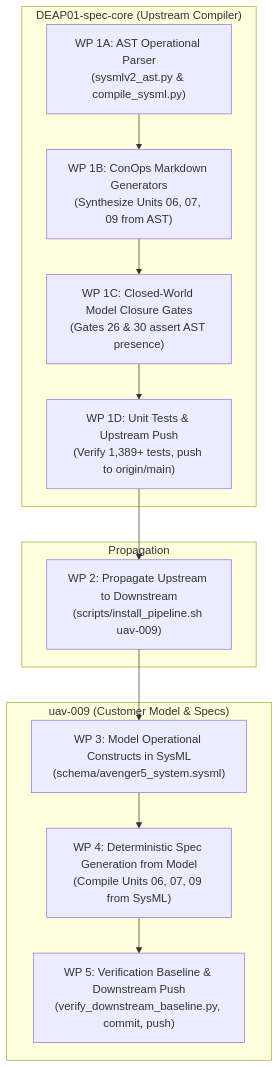
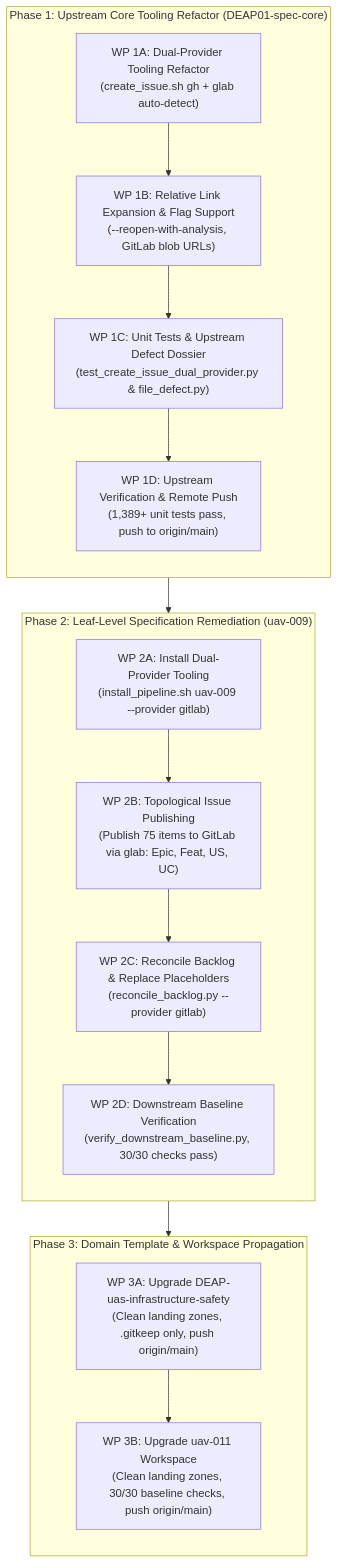
One commit to gintatkinson/DEAP01-spec-core changed the diagram in HANDOFF.md. Above: the diagram before and after it, drawn with Mermaid. The commit also changed other lines of this file and 2 other files, not shown here.

Commit message:
docs(handoff): update HANDOFF.md to DEAP-HANDOFF-ROOT-003 with dual-provider and leaf remediation roadmap (refs #368)

````diff
--- a/HANDOFF.md
+++ b/HANDOFF.md
@@ -116,23 +135,29 @@
 ```mermaid
 flowchart TD
-    subgraph Upstream["DEAP01-spec-core (Upstream Compiler)"]
-        WP1A["WP 1A: AST Operational Parser<br/>(sysmlv2_ast.py & compile_sysml.py)"]
-        WP1B["WP 1B: ConOps Markdown Generators<br/>(Synthesize Units 06, 07, 09 from AST)"]
-        WP1C["WP 1C: Closed-World Model Closure Gates<br/>(Gates 26 & 30 assert AST presence)"]
-        WP1D["WP 1D: Unit Tests & Upstream Push<br/>(Verify 1,389+ tests, push to origin/main)"]
+    subgraph Upstream ["Phase 1: Upstream Core Tooling Refactor (DEAP01-spec-core)"]
+        direction TB
+        WP1A["WP 1A: Dual-Provider Tooling Refactor<br/>(create_issue.sh gh + glab auto-detect)"]
+        WP1B["WP 1B: Relative Link Expansion & Flag Support<br/>(--reopen-with-analysis, GitLab blob URLs)"]
+        WP1C["WP 1C: Unit Tests & Upstream Defect Dossier<br/>(test_create_issue_dual_provider.py & file_defect.py)"]
+        WP1D["WP 1D: Upstream Verification & Remote Push<br/>(1,389+ unit tests pass, push to origin/main)"]
     end
 
-    subgraph Install["Propagation"]
-        WP2["WP 2: Propagate Upstream to Downstream<br/>(scripts/install_pipeline.sh uav-009)"]
+    subgraph Downstream ["Phase 2: Leaf-Level Specification Remediation (uav-009)"]
+        direction TB
+        WP2A["WP 2A: Install Dual-Provider Tooling<br/>(install_pipeline.sh uav-009 --provider gitlab)"]
+        WP2B["WP 2B: Topological Issue Publishing<br/>(Publish 75 items to GitLab via glab: Epic, Feat, US, UC)"]
+        WP2C["WP 2C: Reconcile Backlog & Replace Placeholders<br/>(reconcile_backlog.py --provider gitlab)"]
+        WP2D["WP 2D: Downstream Baseline Verification<br/>(verify_downstream_baseline.py, 30/30 checks pass)"]
     end
 
-    subgraph Downstream["uav-009 (Customer Model & Specs)"]
-        WP3["WP 3: Model Operational Constructs in SysML<br/>(schema/avenger5_system.sysml)"]
-        WP4["WP 4: Deterministic Spec Generation from Model<br/>(Compile Units 06, 07, 09 from SysML)"]
-        WP5["WP 5: Verification Baseline & Downstream Push<br/>(verify_downstream_baseline.py, commit, push)"]
+    subgraph Propagation ["Phase 3: Domain Template & Workspace Propagation"]
+        direction TB
+        WP3A["WP 3A: Upgrade DEAP-uas-infrastructure-safety<br/>(Clean landing zones, .gitkeep only, push origin/main)"]
+        WP3B["WP 3B: Upgrade uav-011 Workspace<br/>(Clean landing zones, 30/30 baseline checks, push origin/main)"]
     end
 
     WP1A --> WP1B --> WP1C --> WP1D
-    WP1D --> WP2
-    WP2 --> WP3 --> WP4 --> WP5
+    WP1D --> WP2A
+    WP2A --> WP2B --> WP2C --> WP2D
+    WP2D --> WP3A --> WP3B
 ```
````
